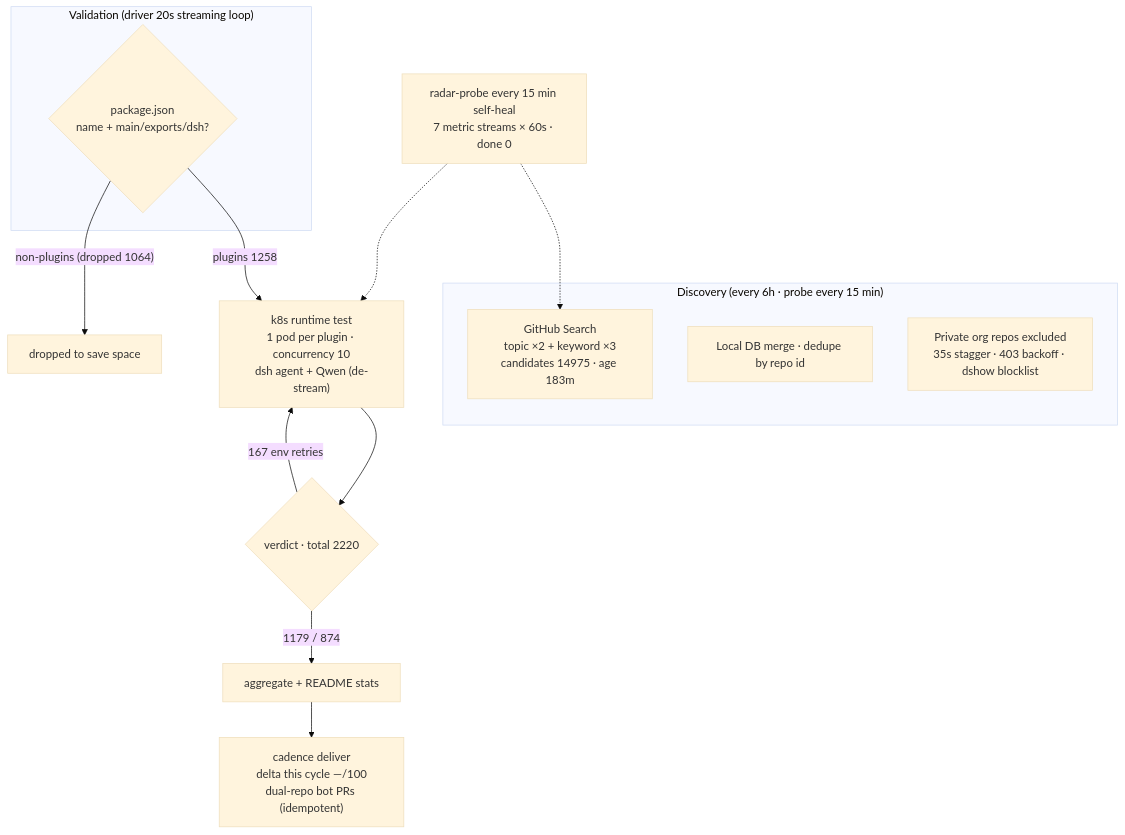
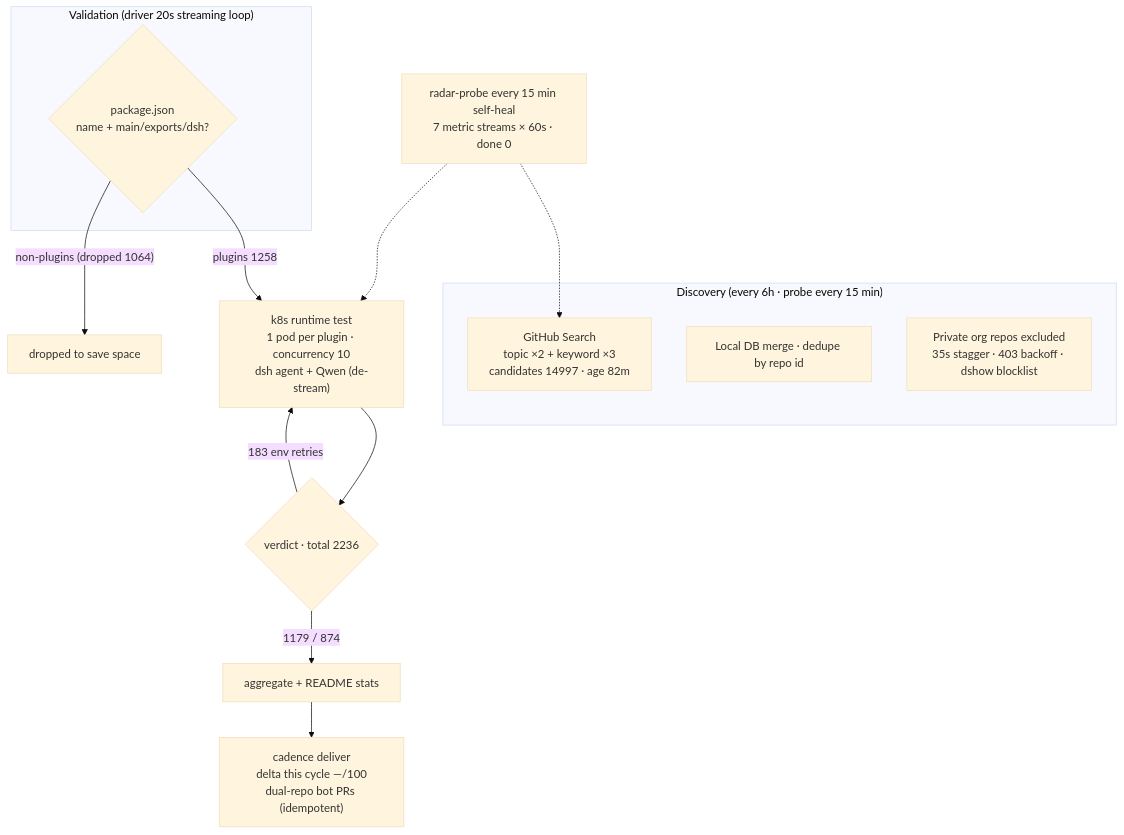
Before and after one commit to AdamPlatin123/awesome-dsh-plugins: the diagram in README.en-US.md, drawn with Mermaid (base theme). The commit also changed other lines of this file and 5 other files, not shown here.

````diff
--- a/README.en-US.md
+++ b/README.en-US.md
@@ -30,20 +30,20 @@
 ```mermaid
 flowchart TB
     subgraph Discovery["Discovery (every 6h · probe every 15 min)"]
-        A1["GitHub Search<br/>topic ×2 + keyword ×3<br/>candidates 14975 · age 183m"]
+        A1["GitHub Search<br/>topic ×2 + keyword ×3<br/>candidates 14997 · age 82m"]
         A2["Local DB merge · dedupe by repo id"]
         A3["Private org repos excluded<br/>35s stagger · 403 backoff · dshow blocklist"]
     end
     subgraph Validation["Validation (driver 20s streaming loop)"]
         B1{"package.json<br/>name + main/exports/dsh?"}
     end
     B1 -->|"plugins 1258"| C1["k8s runtime test<br/>1 pod per plugin · concurrency 10<br/>dsh agent + Qwen (de-stream)"]
     B1 -->|"non-plugins (dropped 1064)"| B3["dropped to save space"]
-    C1 --> D1{"verdict · total 2220"}
+    C1 --> D1{"verdict · total 2236"}
     D1 -->|"1179 / 874"| E1["aggregate + README stats"]
-    D1 -->|"167 env retries"| C1
+    D1 -->|"183 env retries"| C1
     E1 --> E2["cadence deliver<br/>delta this cycle —/100<br/>dual-repo bot PRs (idempotent)"]
     M["radar-probe every 15 min self-heal<br/>7 metric streams × 60s · done 0"]
     M -.-> A1
     M -.-> C1
 ```
````
